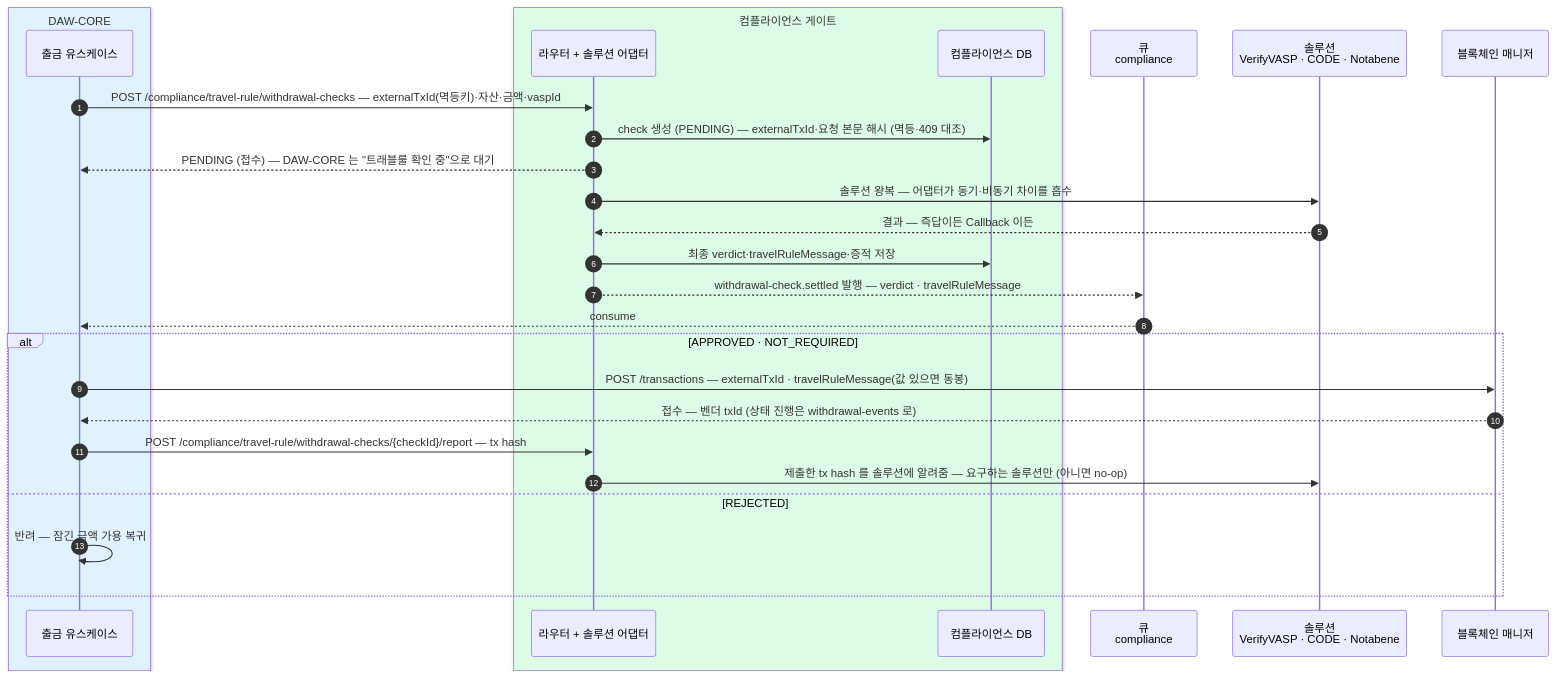
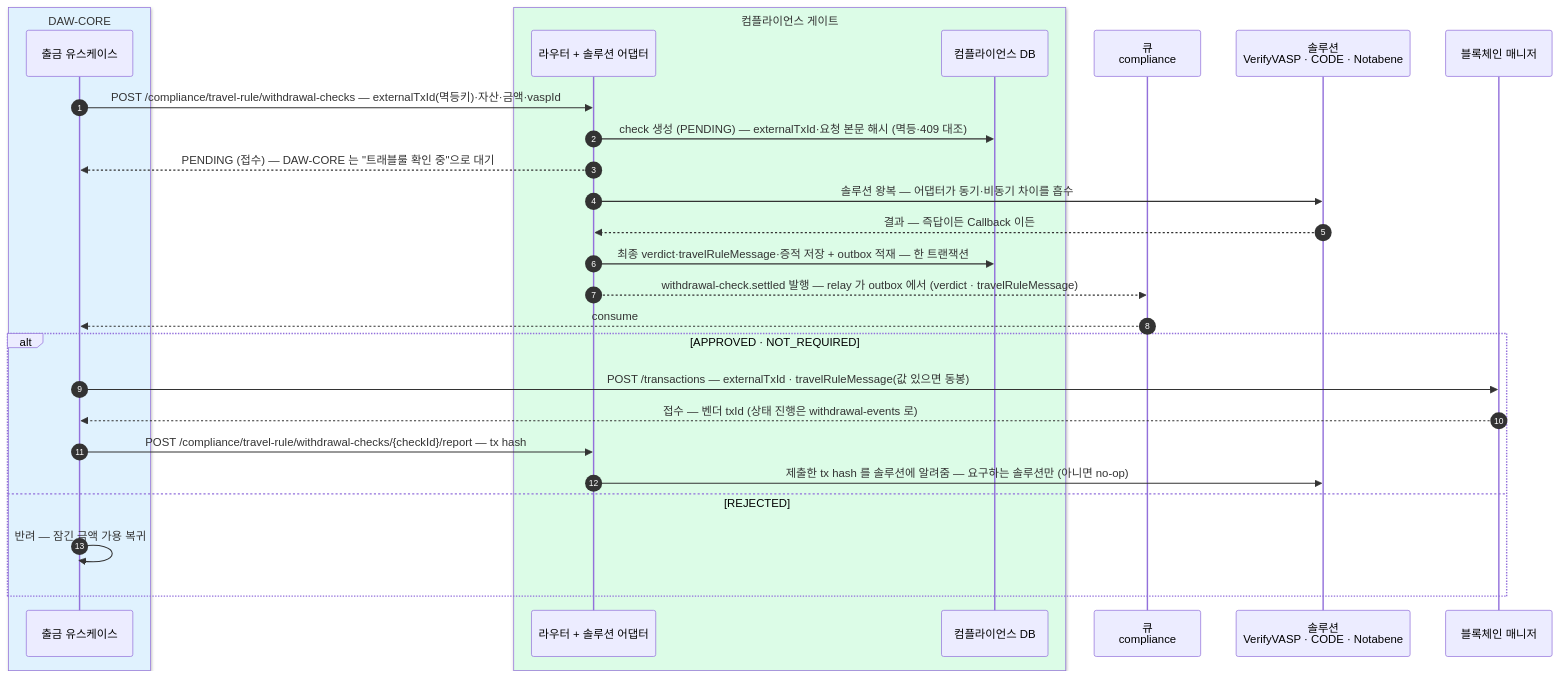
The first of 3 diagrams in blockchain-manager/docs/BC/설계/04-compliance-flow.md (eunsujeo/eunpus), drawn with Mermaid before and after one commit. The commit also changed other lines of this file and 2 other files, not shown here.

Commit message:
게이트 settled 발행도 outbox 로 — cmpl_outbox_l 신설 (세 서비스 한 패턴)
- 05: cmpl_outbox_l 스키마·ERD·필드표 + 출금 확인 anim 에 P→S 단계 추가. 이벤트가 settled 하나라 유형 컬럼 없음(늘면 코어 어휘로). 약어집 보강
- 04: 시퀀스를 verdict 저장+outbox 한 트랜잭션 → relay 발행으로 · 발행 경로 bullet 추가 · settled 유실 복구 미확정 해소(1안 채택)
- 01: 컴플라이언스 테이블 3→4개 · DB 표에 발행 outbox
- verdict 저장 후 발행 전 중단 시 이벤트 유실(만료 스캔 비대상) 구멍 차단 — 코어 ADR-002·매니저와 동일 패턴

````diff
--- a/blockchain-manager/docs/BC/설계/04-compliance-flow.md
+++ b/blockchain-manager/docs/BC/설계/04-compliance-flow.md
@@ -26,31 +26,31 @@
 ```mermaid
 sequenceDiagram
     autonumber
     box rgb(224,242,254) DAW-CORE
     participant BE as 출금 유스케이스
     end
     box rgb(220,252,231) 컴플라이언스 게이트
     participant CP as 라우터 + 솔루션 어댑터
     participant DB as 컴플라이언스 DB
     end
     participant MQ as 큐<br/>compliance
     participant NET as 솔루션<br/>VerifyVASP · CODE · Notabene
     participant BM as 블록체인 매니저
 
     BE->>CP: POST /compliance/travel-rule/withdrawal-checks — externalTxId(멱등키)·자산·금액·vaspId
     CP->>DB: check 생성 (PENDING) — externalTxId·요청 본문 해시 (멱등·409 대조)
     CP-->>BE: PENDING (접수) — DAW-CORE 는 "트래블룰 확인 중"으로 대기
     CP->>NET: 솔루션 왕복 — 어댑터가 동기·비동기 차이를 흡수
     NET-->>CP: 결과 — 즉답이든 Callback 이든
-    CP->>DB: 최종 verdict·travelRuleMessage·증적 저장
-    CP-->>MQ: withdrawal-check.settled 발행 — verdict · travelRuleMessage
+    CP->>DB: 최종 verdict·travelRuleMessage·증적 저장 + outbox 적재 — 한 트랜잭션
+    CP-->>MQ: withdrawal-check.settled 발행 — relay 가 outbox 에서 (verdict · travelRuleMessage)
     MQ-->>BE: consume
     alt APPROVED · NOT_REQUIRED
         BE->>BM: POST /transactions — externalTxId · travelRuleMessage(값 있으면 동봉)
         BM-->>BE: 접수 — 벤더 txId (상태 진행은 withdrawal-events 로)
         BE->>CP: POST /compliance/travel-rule/withdrawal-checks/{checkId}/report — tx hash
         CP->>NET: 제출한 tx hash 를 솔루션에 알려줌 — 요구하는 솔루션만 (아니면 no-op)
     else REJECTED
         BE->>BE: 반려 — 잠긴 금액 가용 복귀
     end
 ```
````
